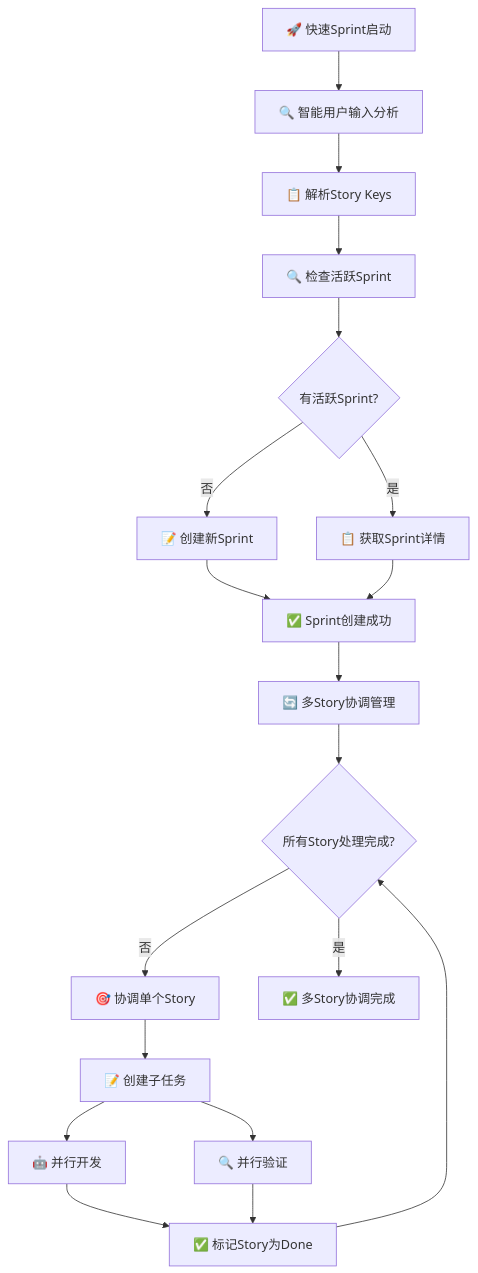
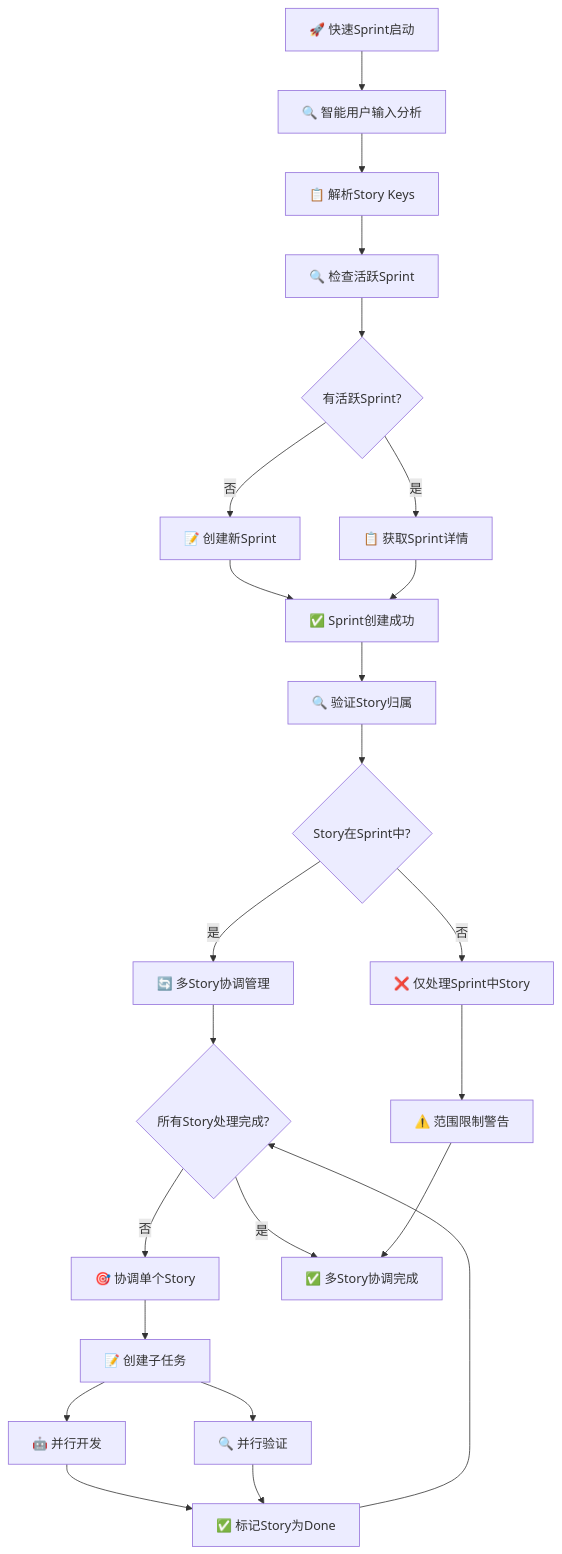
The sixth of 11 diagrams in plugins/agile-marketplace/sprint-plugin/commands/快速sprint.md (ouyangshixiong/context-engineering-zh), drawn with Mermaid before and after one commit. The commit also changed other lines of this file, not shown here.

````diff
--- a/plugins/agile-marketplace/sprint-plugin/commands/快速sprint.md
+++ b/plugins/agile-marketplace/sprint-plugin/commands/快速sprint.md
@@ -248,21 +255,26 @@
 ```mermaid
 flowchart TD
     A[🚀 快速Sprint启动] --> B[🔍 智能用户输入分析]
     B --> C[📋 解析Story Keys]
     C --> D[🔍 检查活跃Sprint]
     D --> E{有活跃Sprint?}
     E -->|否| F[📝 创建新Sprint]
     E -->|是| G[📋 获取Sprint详情]
     F --> H[✅ Sprint创建成功]
     G --> H
-    H --> I[🔄 多Story协调管理]
-    I --> J{所有Story处理完成?}
-    J -->|否| K[🎯 协调单个Story]
-    K --> L[📝 创建子任务]
-    L --> M[🤖 并行开发]
-    L --> N[🔍 并行验证]
-    M --> O[✅ 标记Story为Done]
-    N --> O
-    O --> J
-    J -->|是| P[✅ 多Story协调完成]
+    H --> I[🔍 验证Story归属]
+    I --> J{Story在Sprint中?}
+    J -->|否| K[❌ 仅处理Sprint中Story]
+    J -->|是| L[🔄 多Story协调管理]
+    K --> M[⚠️ 范围限制警告]
+    L --> N{所有Story处理完成?}
+    N -->|否| O[🎯 协调单个Story]
+    O --> P[📝 创建子任务]
+    P --> Q[🤖 并行开发]
+    P --> R[🔍 并行验证]
+    Q --> S[✅ 标记Story为Done]
+    R --> S
+    S --> N
+    N -->|是| T[✅ 多Story协调完成]
+    M --> T
 ```
````
